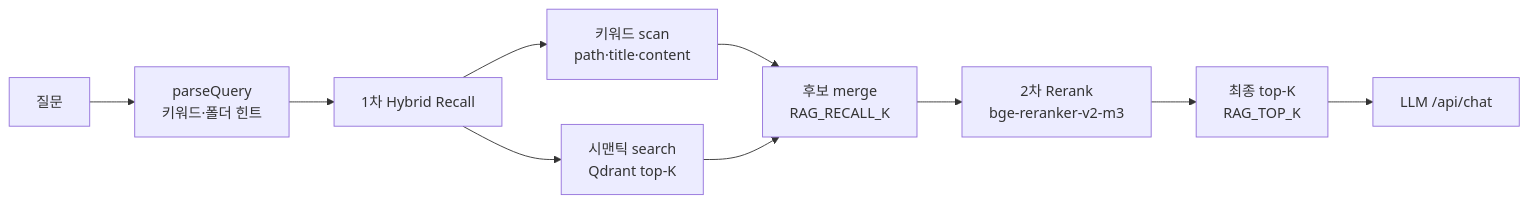
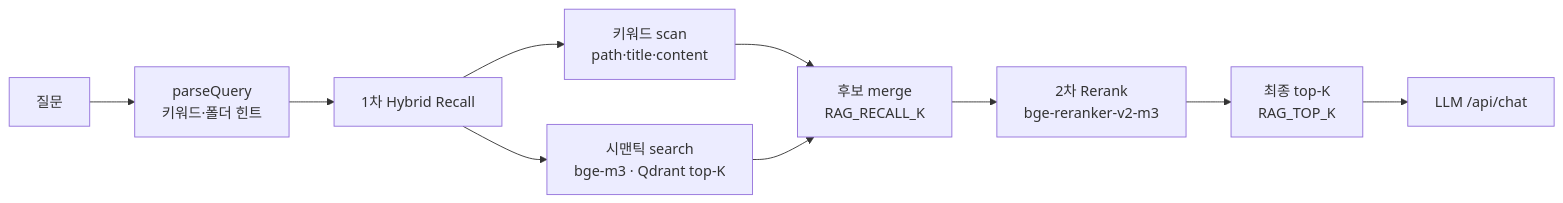
One commit to LEEHEEWON123/obsidian_chat_bot changed the second of 2 diagrams in README.md. Above: the diagram before and after it, drawn with Mermaid. The commit also changed other lines of this file and 5 other files, not shown here.

````diff
--- a/README.md
+++ b/README.md
@@ -61,12 +61,12 @@
 ```mermaid
 flowchart LR
   Q[질문] --> P[parseQuery<br/>키워드·폴더 힌트]
   P --> H[1차 Hybrid Recall]
   H --> K[키워드 scan<br/>path·title·content]
-  H --> S[시맨틱 search<br/>Qdrant top-K]
+  H --> S[시맨틱 search<br/>bge-m3 · Qdrant top-K]
   K --> M[후보 merge<br/>RAG_RECALL_K]
   S --> M
   M --> R[2차 Rerank<br/>bge-reranker-v2-m3]
   R --> L[최종 top-K<br/>RAG_TOP_K]
   L --> G[LLM /api/chat]
 ```
````
